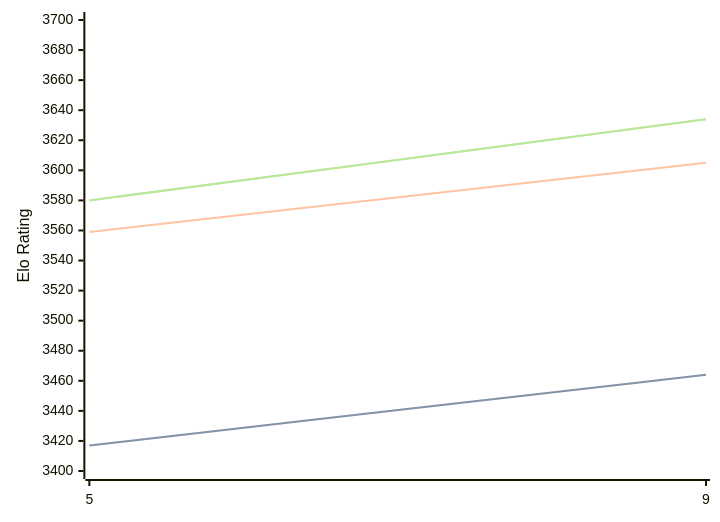
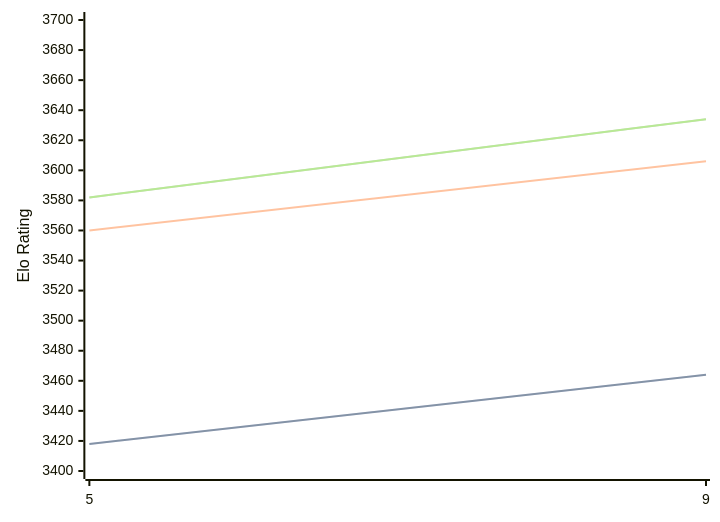
One commit to computer-chess-index/cci changed the diagram in engines/Crystal.md. Above: the diagram before and after it, drawn with Mermaid. The commit also changed other lines of this file, not shown here.

Commit message:
Update CCI Ratings (ELO VLTC) - 2026-05-01

````diff
--- a/engines/Crystal.md
+++ b/engines/Crystal.md
@@ -60,11 +60,11 @@
 ```mermaid
 %%{init: {"theme":"base","themeVariables":{"seriesColors:['#a3a3a3','#222221','#faa371']}}}%%
 xychart-beta
   x-axis ["5", "9"]
   y-axis "Elo Rating" 3400 --> 3700
-  line "STC (8.0+0.08s)" [3417, 3464]
-  line "STC (8.0+0.08s)" [3417, 3464]
-  line "LTC (60.0+0.60s)" [3559, 3605]
-  line "VLTC (2m24s+1.12s)" [3580, 3634]
-  line "VLTC (2m24s+1.12s)" [3580, 3634]
+  line "STC (8.0+0.08s)" [3418, 3464]
+  line "STC (8.0+0.08s)" [3418, 3464]
+  line "LTC (60.0+0.60s)" [3560, 3606]
+  line "VLTC (2m24s+1.12s)" [3582, 3634]
+  line "VLTC (2m24s+1.12s)" [3582, 3634]
 ```
````
